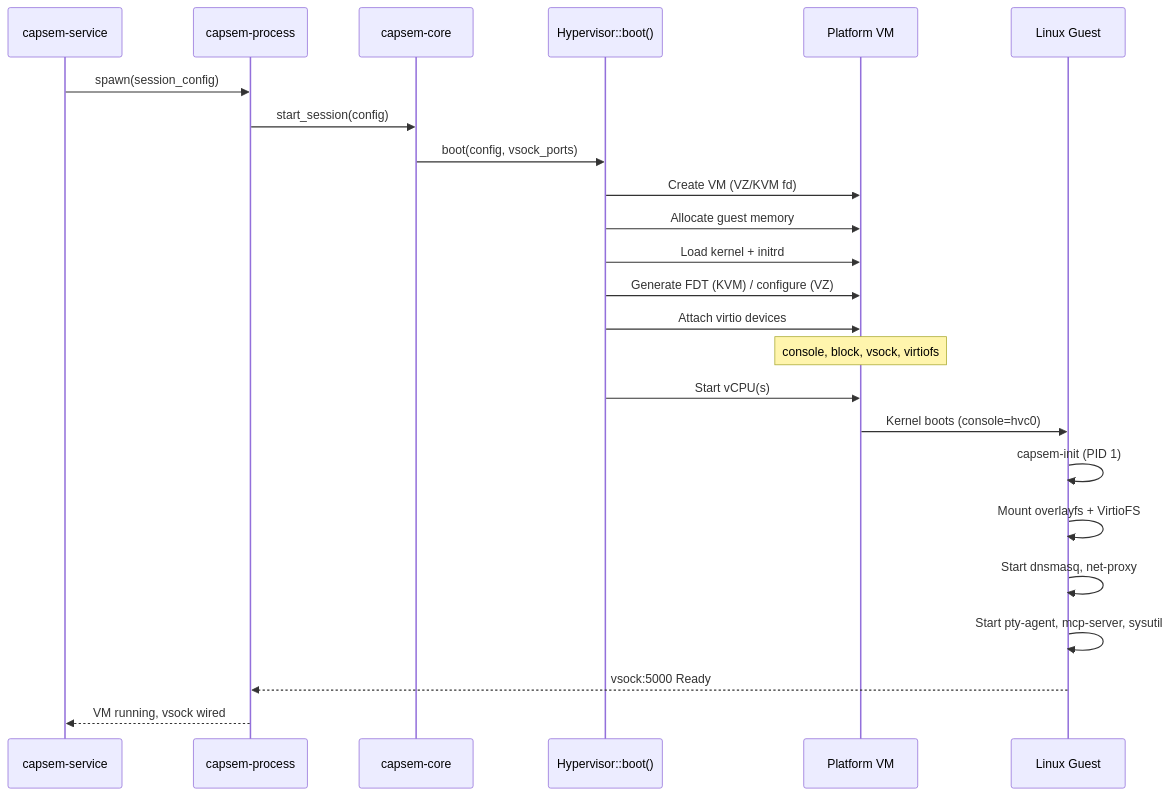
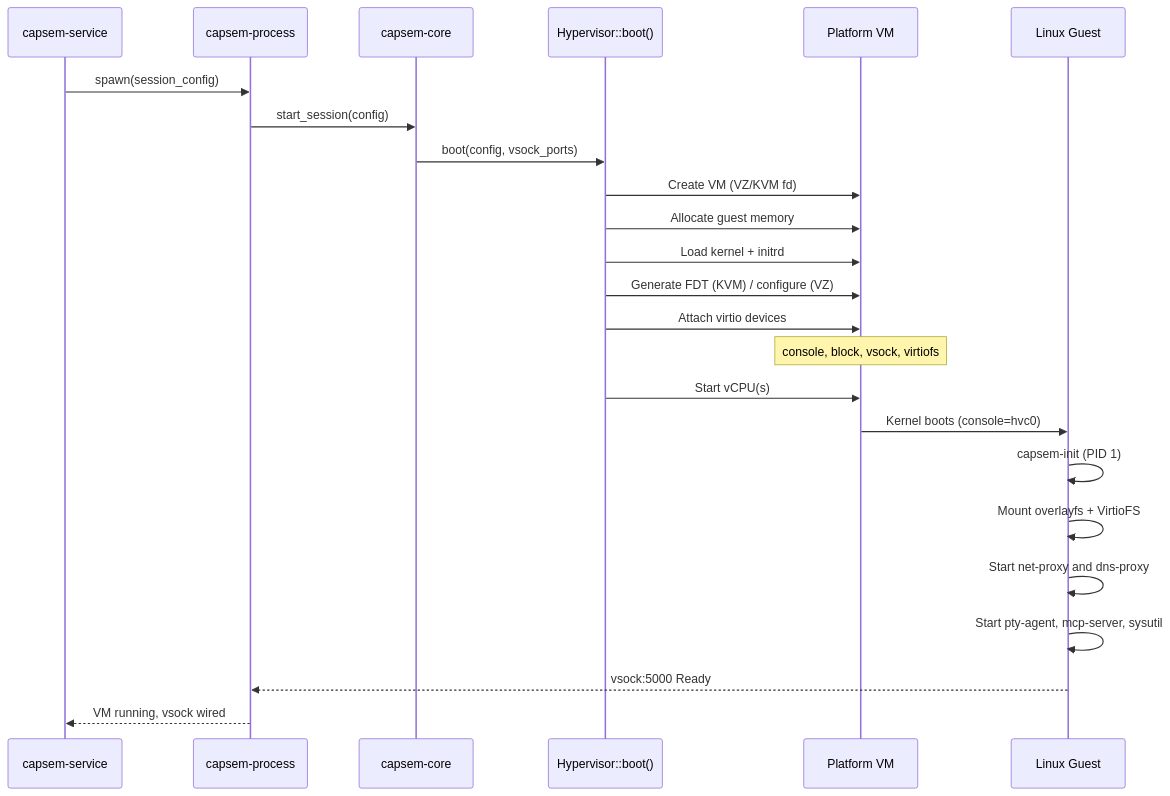
One commit to google/capsem changed the second of 4 diagrams in docs/src/content/docs/architecture/hypervisor.md. Above: the diagram before and after it, drawn with Mermaid. The commit also changed other lines of this file and 552 other files, not shown here.

````diff
--- a/docs/src/content/docs/architecture/hypervisor.md
+++ b/docs/src/content/docs/architecture/hypervisor.md
@@ -47,27 +47,27 @@
 ```mermaid
 sequenceDiagram
     participant Svc as capsem-service
     participant Proc as capsem-process
     participant Core as capsem-core
     participant HV as Hypervisor::boot()
     participant VM as Platform VM
     participant Guest as Linux Guest
 
     Svc->>Proc: spawn(session_config)
     Proc->>Core: start_session(config)
     Core->>HV: boot(config, vsock_ports)
     HV->>VM: Create VM (VZ/KVM fd)
     HV->>VM: Allocate guest memory
     HV->>VM: Load kernel + initrd
     HV->>VM: Generate FDT (KVM) / configure (VZ)
     HV->>VM: Attach virtio devices
     Note over VM: console, block, vsock, virtiofs
     HV->>VM: Start vCPU(s)
     VM->>Guest: Kernel boots (console=hvc0)
     Guest->>Guest: capsem-init (PID 1)
     Guest->>Guest: Mount overlayfs + VirtioFS
-    Guest->>Guest: Start dnsmasq, net-proxy
+    Guest->>Guest: Start net-proxy and dns-proxy
     Guest->>Guest: Start pty-agent, mcp-server, sysutil
     Guest-->>Proc: vsock:5000 Ready
     Proc-->>Svc: VM running, vsock wired
 ```
````
